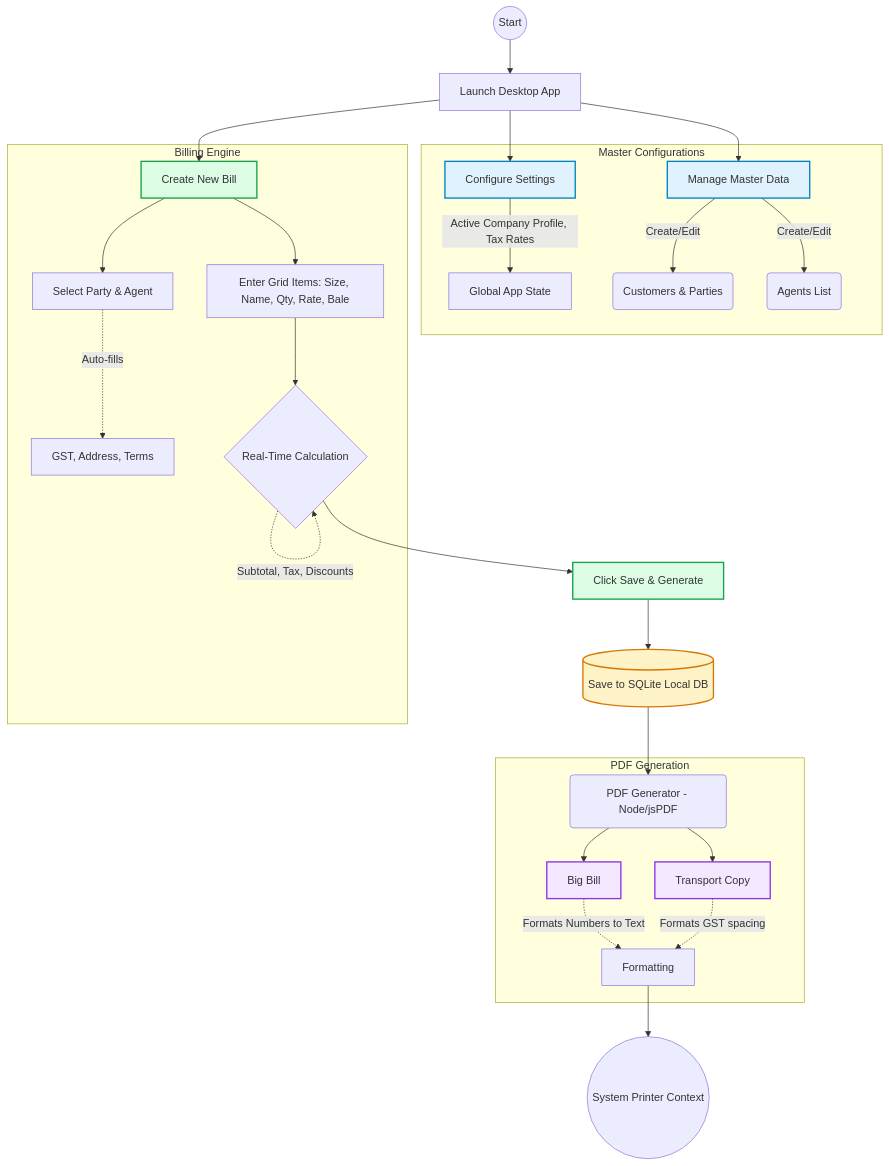
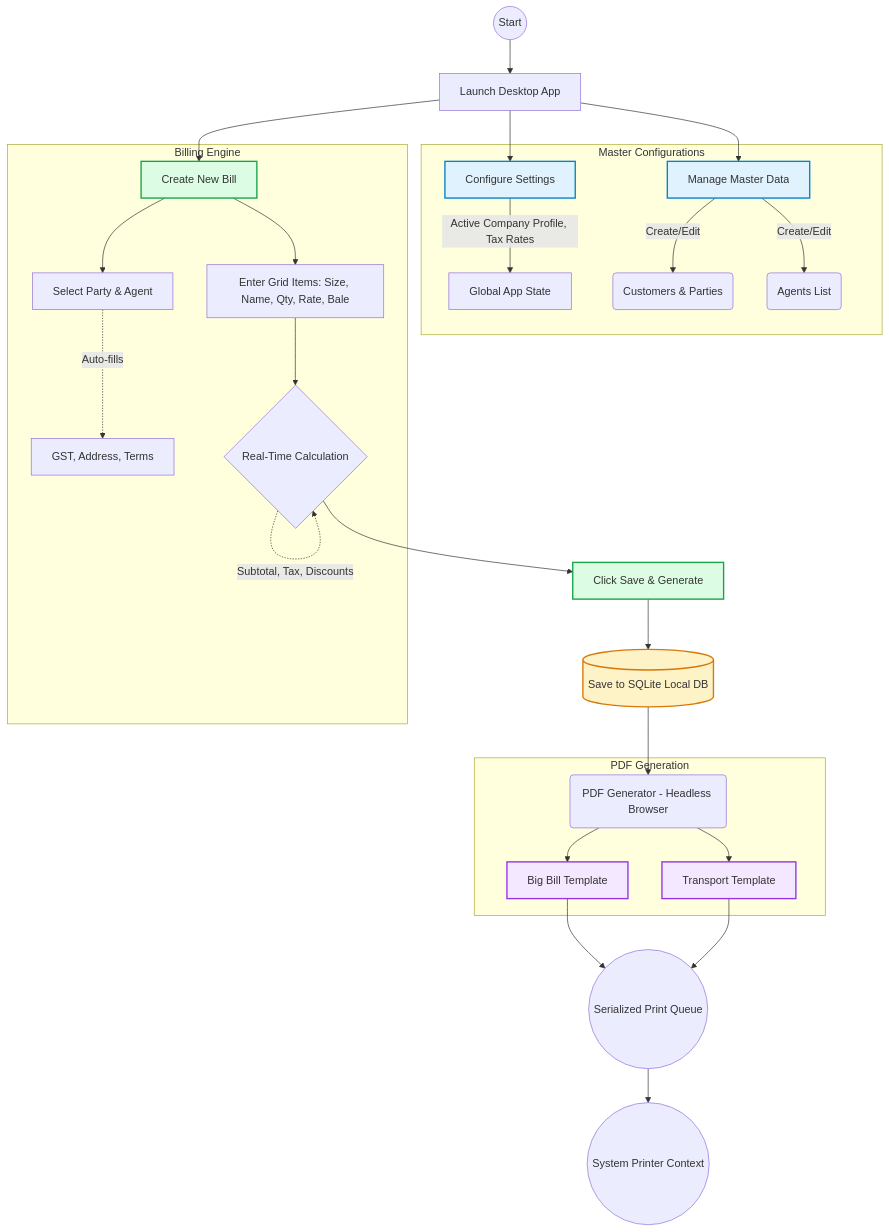
Before and after one commit to Gokul11271/Textile-App: the first of 2 diagrams in README.md, drawn with Mermaid. The commit also changed other lines of this file and 1 other file, not shown here.

Commit message:
refactor: update project documentation and architecture details to reflect new printing and database concurrency improvements

````diff
--- a/README.md
+++ b/README.md
@@ -79,44 +57,44 @@
 ```mermaid
 graph TD
     %% Define styles
     classDef config fill:#e0f2fe,stroke:#0284c7,stroke-width:2px;
     classDef action fill:#dcfce3,stroke:#16a34a,stroke-width:2px;
     classDef storage fill:#fef3c7,stroke:#d97706,stroke-width:2px;
     classDef output fill:#f3e8ff,stroke:#9333ea,stroke-width:2px;
 
     Start((Start)) --> Auth[Launch Desktop App]
     
     Auth --> Settings[Configure Settings]:::config
     Auth --> Master[Manage Master Data]:::config
     
     subgraph Master Configurations
         Settings --> |Active Company Profile, Tax Rates| ST[Global App State]
         Master --> |Create/Edit| C(Customers & Parties)
         Master --> |Create/Edit| A(Agents List)
     end
     
     Auth --> Billing[Create New Bill]:::action
     
     subgraph Billing Engine
         Billing --> SelectParty[Select Party & Agent]
         Billing --> Items[Enter Grid Items: Size, Name, Qty, Rate, Bale]
         SelectParty -. Auto-fills .-> BillingData[GST, Address, Terms]
         Items --> Calc{Real-Time Calculation}
         Calc -. Subtotal, Tax, Discounts .-> Calc
     end
     
     Calc --> SaveBtn[Click Save & Generate]:::action
     
     SaveBtn --> DB[(Save to SQLite Local DB)]:::storage
     
-    DB --> PDFEngine(PDF Generator - Node/jsPDF)
+    DB --> PDFEngine(PDF Generator - Headless Browser)
     
     subgraph PDF Generation
-        PDFEngine --> B1[Big Bill]:::output
-        PDFEngine --> B2[Transport Copy]:::output
-        B1 -. Formats Numbers to Text .-> Formatting
-        B2 -. Formats GST spacing .-> Formatting
+        PDFEngine --> B1[Big Bill Template]:::output
+        PDFEngine --> B2[Transport Template]:::output
     end
     
-    Formatting --> PrintSync((System Printer Context))
+    B1 --> PrintQueue((Serialized Print Queue))
+    B2 --> PrintQueue
+    PrintQueue --> PrintSync((System Printer Context))
 ```
````
